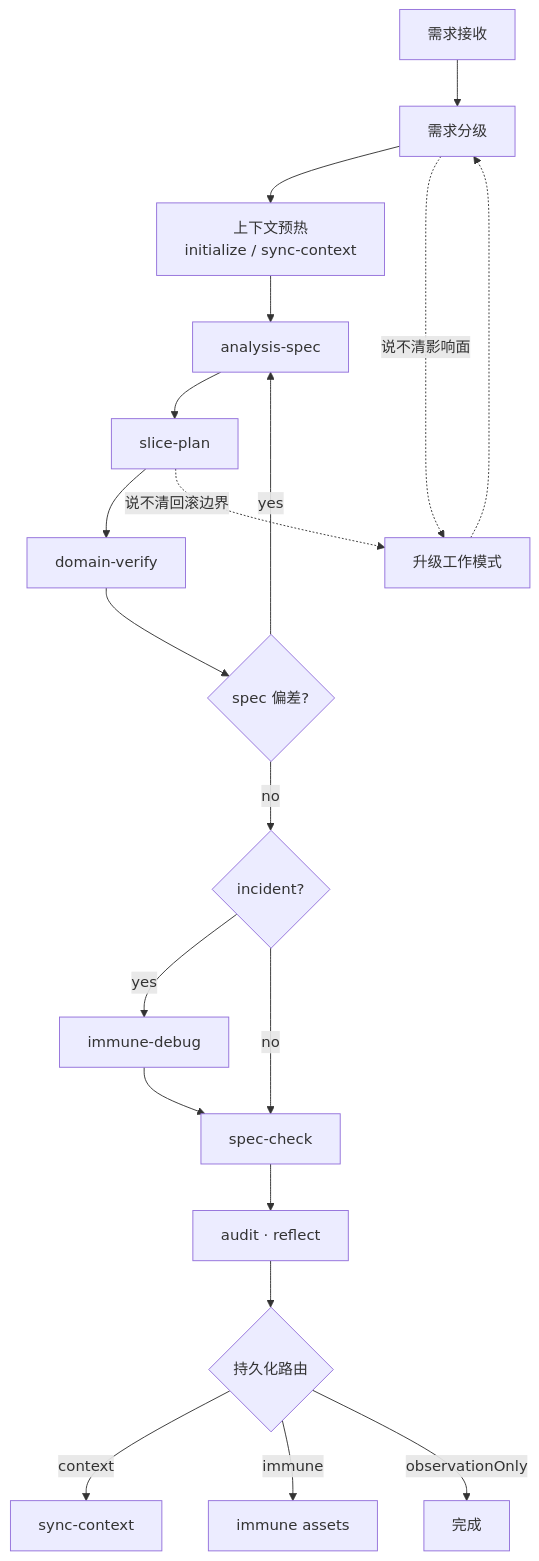
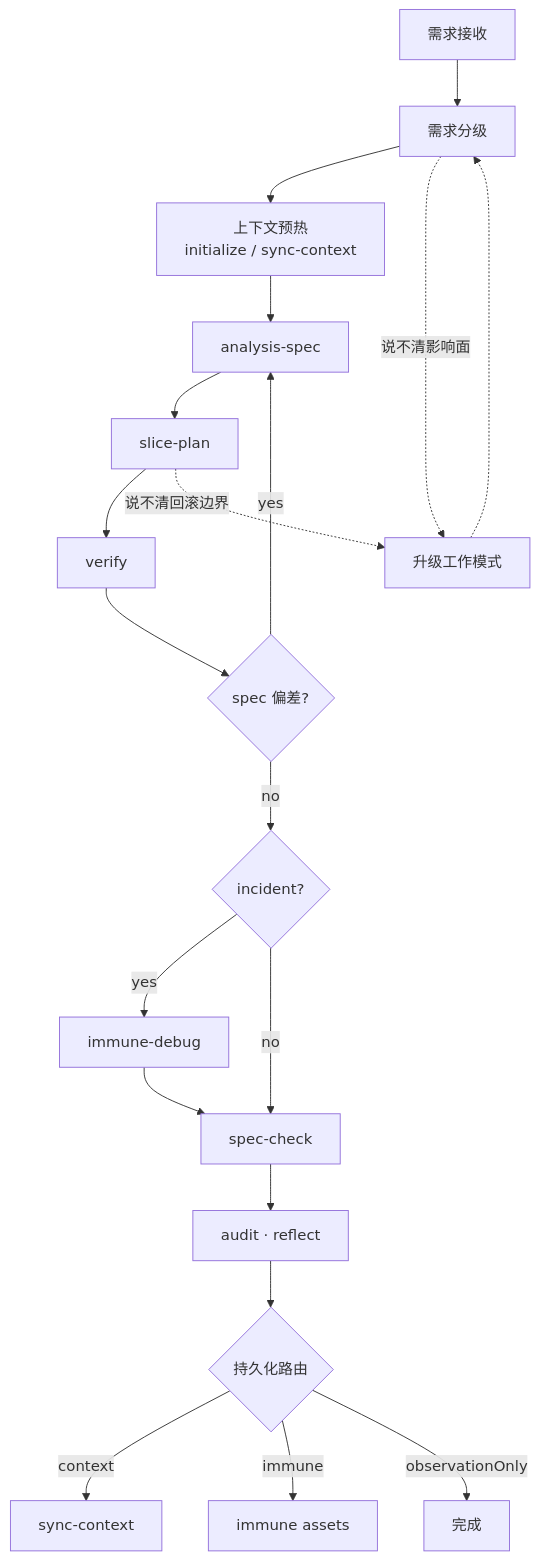
One commit to CCharlesMeng/moon-skills changed the diagram in analysis-driven-sdd.md. Above: the diagram before and after it, drawn with Mermaid. The commit also changed other lines of this file and 18 other files, not shown here.

First line of the commit message:
feat: 新增 code-review 技能，将 domain-verify 重命名为 verify

````diff
--- a/analysis-driven-sdd.md
+++ b/analysis-driven-sdd.md
@@ -9,23 +9,23 @@
 ```mermaid
 flowchart TD
     request["需求接收"] --> classify["需求分级"]
     classify --> context["上下文预热\ninitialize / sync-context"]
     context --> analysis["analysis-spec"]
     analysis --> slice["slice-plan"]
-    slice --> verify["domain-verify"]
+    slice --> verify["verify"]
     verify --> specDrift{"spec 偏差?"}
     specDrift -->|yes| analysis
     specDrift -->|no| hasIncident{"incident?"}
     hasIncident -->|yes| immuneDebug["immune-debug"]
     hasIncident -->|no| closure["spec-check"]
     immuneDebug --> closure
     closure --> audit["audit · reflect"]
     audit --> persist{"持久化路由"}
     persist -->|context| sync["sync-context"]
     persist -->|immune| immuneAssets["immune assets"]
     persist -->|observationOnly| done["完成"]
 
     classify -.->|说不清影响面| upgrade["升级工作模式"]
     upgrade -.-> classify
     slice -.->|说不清回滚边界| upgrade
 ```
````
